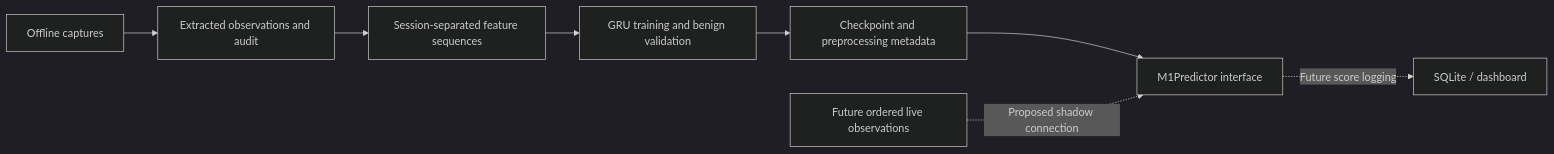
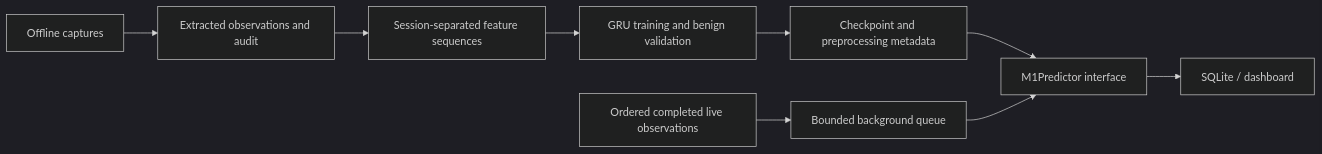
Before and after one commit to gunnseth55/DNSentinel: the second of 2 diagrams in DNSentinel/docs/architecture.md, drawn with Mermaid (dark theme). The commit also changed other lines of this file and 12 other files, not shown here.

````diff
--- a/DNSentinel/docs/architecture.md
+++ b/DNSentinel/docs/architecture.md
@@ -108,10 +108,11 @@
 ```mermaid
 flowchart LR
     PCAP[Offline captures] --> CSV[Extracted observations and audit]
     CSV --> SEQ[Session-separated feature sequences]
     SEQ --> TRAIN[GRU training and benign validation]
     TRAIN --> CKPT[Checkpoint and preprocessing metadata]
     CKPT --> INF[M1Predictor interface]
-    LIVE[Future ordered live observations] -. Proposed shadow connection .-> INF
-    INF -. Future score logging .-> DISPLAY[SQLite / dashboard]
+    LIVE[Ordered completed live observations] --> WORKER[Bounded background queue]
+    WORKER --> INF
+    INF --> DISPLAY[SQLite / dashboard]
 ```
````
